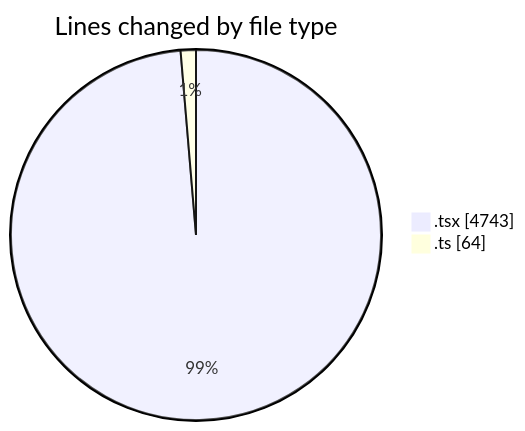
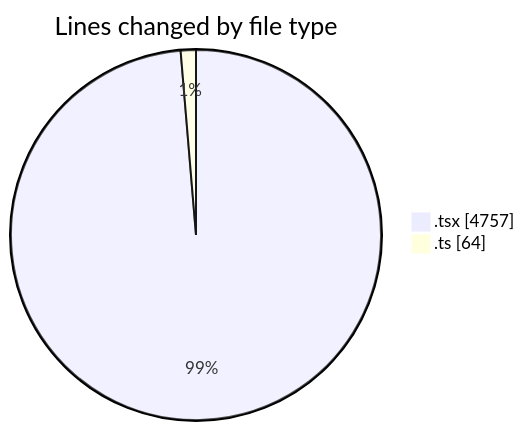
Before and after one commit to nxtqubesakshisongat/code-tracking: the first of 2 diagrams in 2026-04-09/airfeed-analytics-dashboard/README.md, drawn with Mermaid. The commit also changed other lines of this file and 1 other file, not shown here.

````diff
--- a/2026-04-09/airfeed-analytics-dashboard/README.md
+++ b/2026-04-09/airfeed-analytics-dashboard/README.md
@@ -35,6 +35,6 @@
 ```mermaid
 pie showData
 title Lines changed by file type
-".tsx" : 4743
+".tsx" : 4757
 ".ts" : 64
 ```
````
